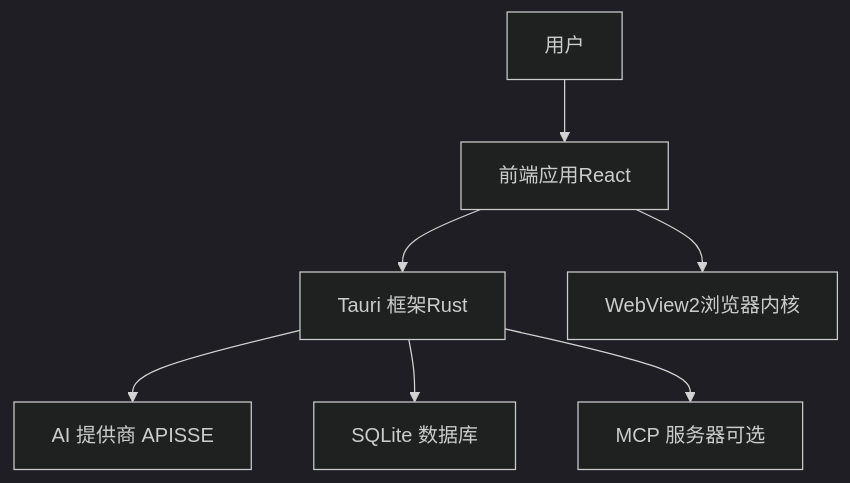
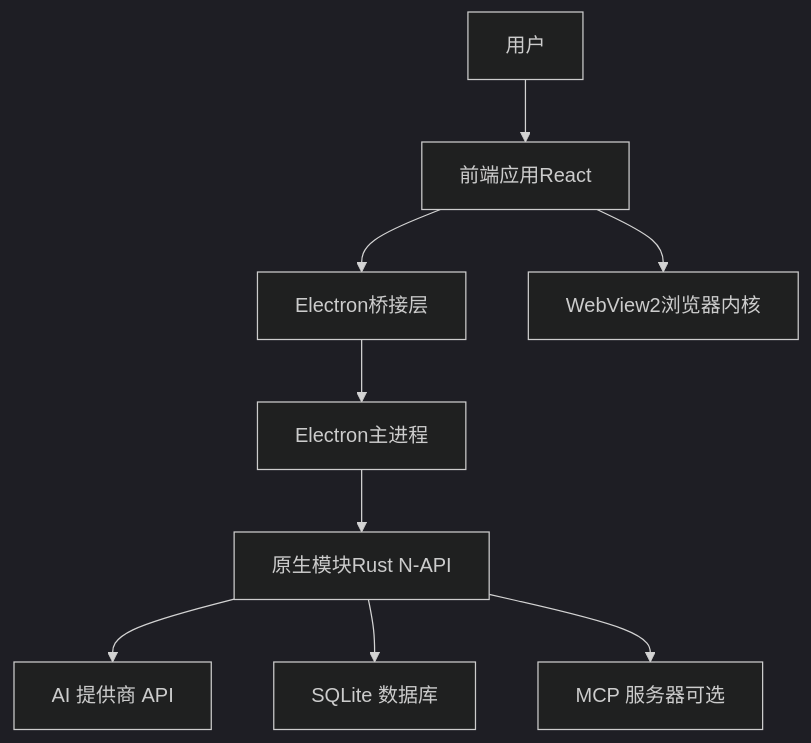
One commit to baike08/cosurf changed the sixth of 6 diagrams in .qoder/repowiki/zh/content/架构设计/架构设计.md. Above: the diagram before and after it, drawn with Mermaid (dark theme). The commit also changed other lines of this file and 15 other files, not shown here.

````diff
--- a/.qoder/repowiki/zh/content/架构设计/架构设计.md
+++ b/.qoder/repowiki/zh/content/架构设计/架构设计.md
@@ -404,9 +359,11 @@
 ```mermaid
 graph TB
 User["用户"] --> FE["前端应用React"]
-FE --> Tauri["Tauri 框架Rust"]
-Tauri --> AI["AI 提供商 APISSE"]
-Tauri --> DB["SQLite 数据库"]
-Tauri --> MCP["MCP 服务器可选"]
+FE --> Bridge["Electron桥接层"]
+Bridge --> Main["Electron主进程"]
+Main --> Native["原生模块Rust N-API"]
+Native --> AI["AI 提供商 API"]
+Native --> DB["SQLite 数据库"]
+Native --> MCP["MCP 服务器可选"]
 FE --> WebView["WebView2浏览器内核"]
 ```
````
